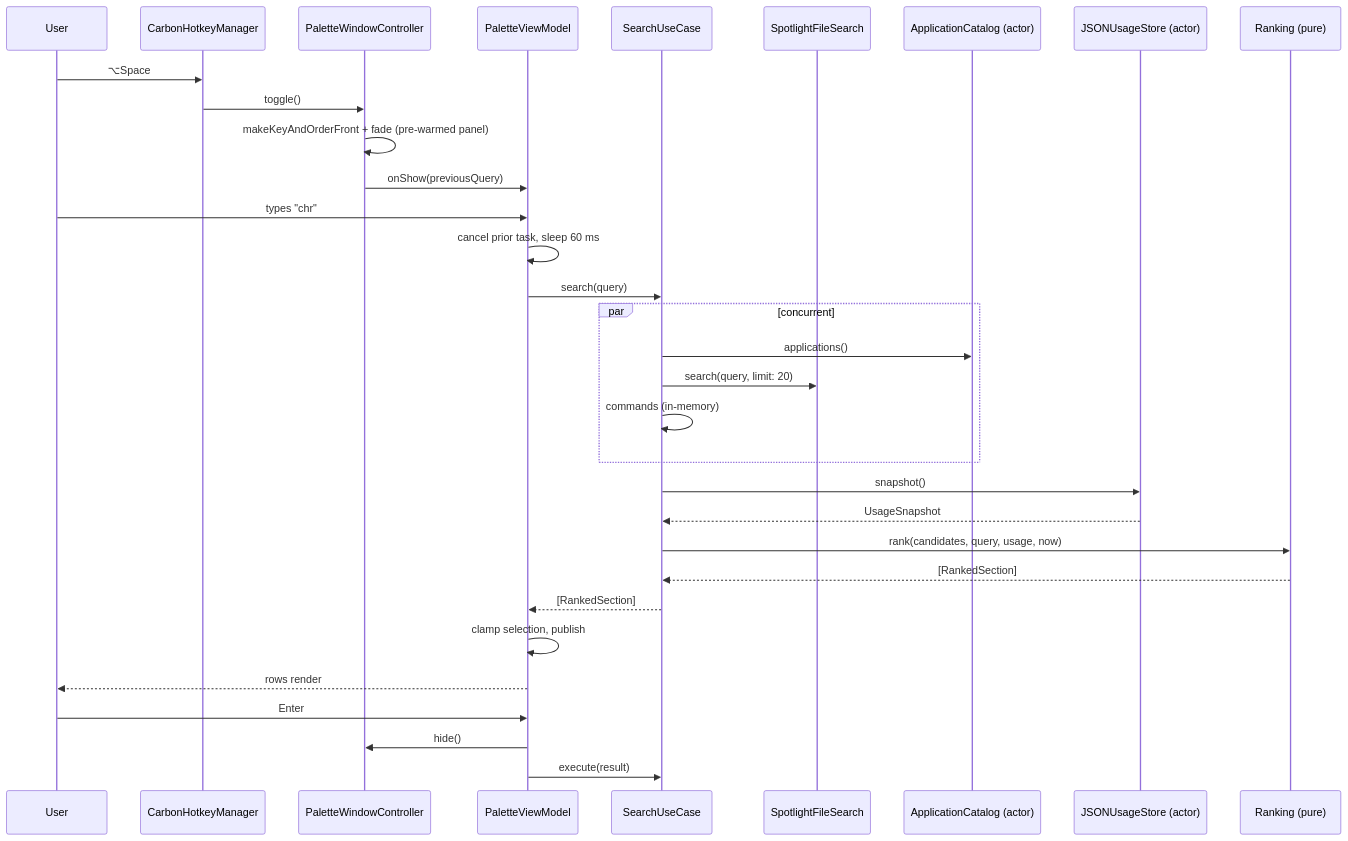
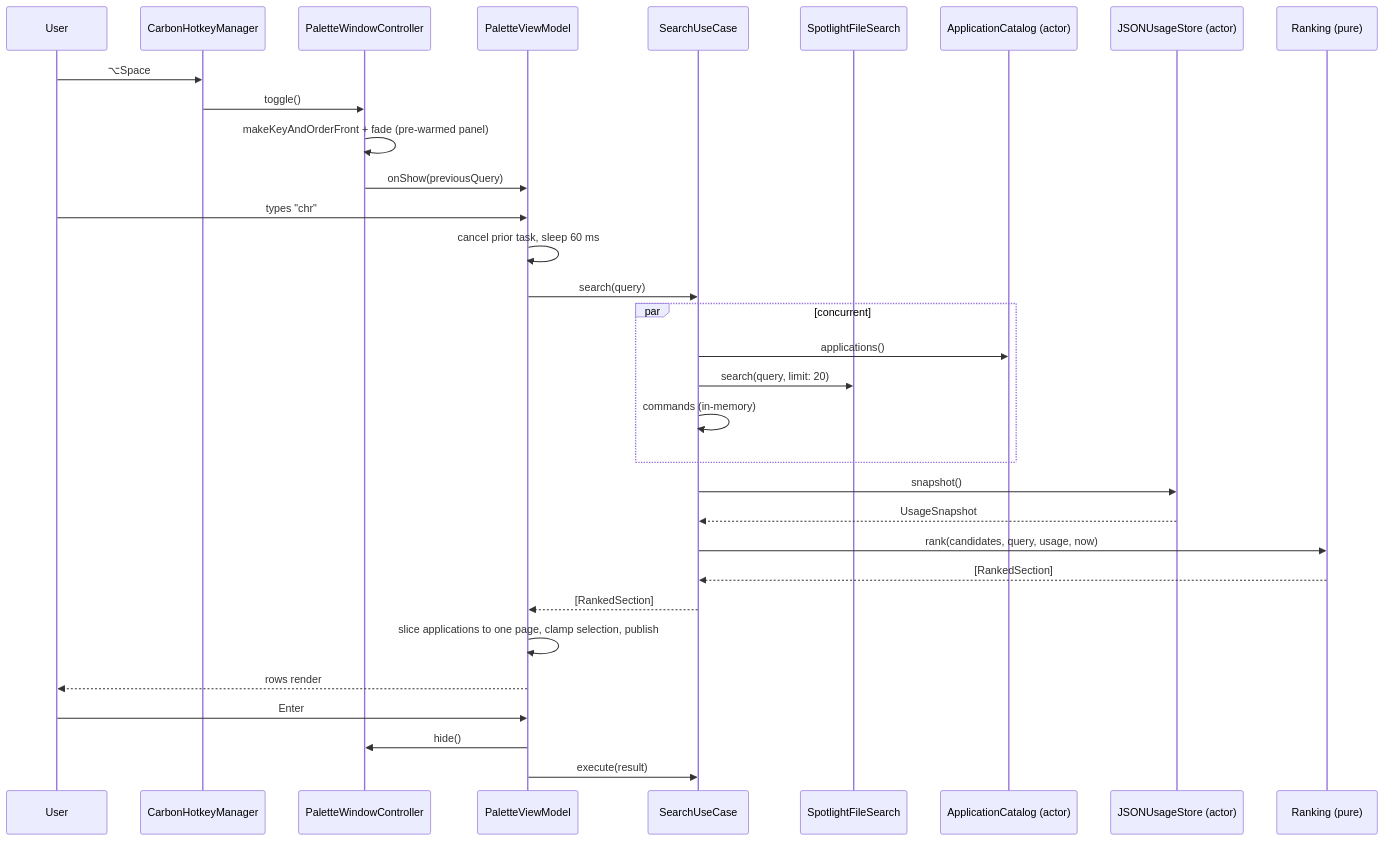
The second of 2 diagrams in architecture.md (Udean777/Rill), drawn with Mermaid before and after one commit. The commit also changed other lines of this file and 18 other files, not shown here.

````diff
--- a/architecture.md
+++ b/architecture.md
@@ -376,37 +376,37 @@
 ```mermaid
 sequenceDiagram
     participant U as User
     participant HK as CarbonHotkeyManager
     participant WC as PaletteWindowController
     participant VM as PaletteViewModel
     participant UC as SearchUseCase
     participant FS as SpotlightFileSearch
     participant AC as ApplicationCatalog (actor)
     participant US as JSONUsageStore (actor)
     participant RK as Ranking (pure)
 
     U->>HK: ⌥Space
     HK->>WC: toggle()
     WC->>WC: makeKeyAndOrderFront + fade (pre-warmed panel)
     WC->>VM: onShow(previousQuery)
 
     U->>VM: types "chr"
     VM->>VM: cancel prior task, sleep 60 ms
     VM->>UC: search(query)
     par concurrent
         UC->>AC: applications()
         UC->>FS: search(query, limit: 20)
         UC->>UC: commands (in-memory)
     end
     UC->>US: snapshot()
     US-->>UC: UsageSnapshot
     UC->>RK: rank(candidates, query, usage, now)
     RK-->>UC: [RankedSection]
     UC-->>VM: [RankedSection]
-    VM->>VM: clamp selection, publish
+    VM->>VM: slice applications to one page, clamp selection, publish
     VM-->>U: rows render
 
     U->>VM: Enter
     VM->>WC: hide()
     VM->>UC: execute(result)
 ```
````
